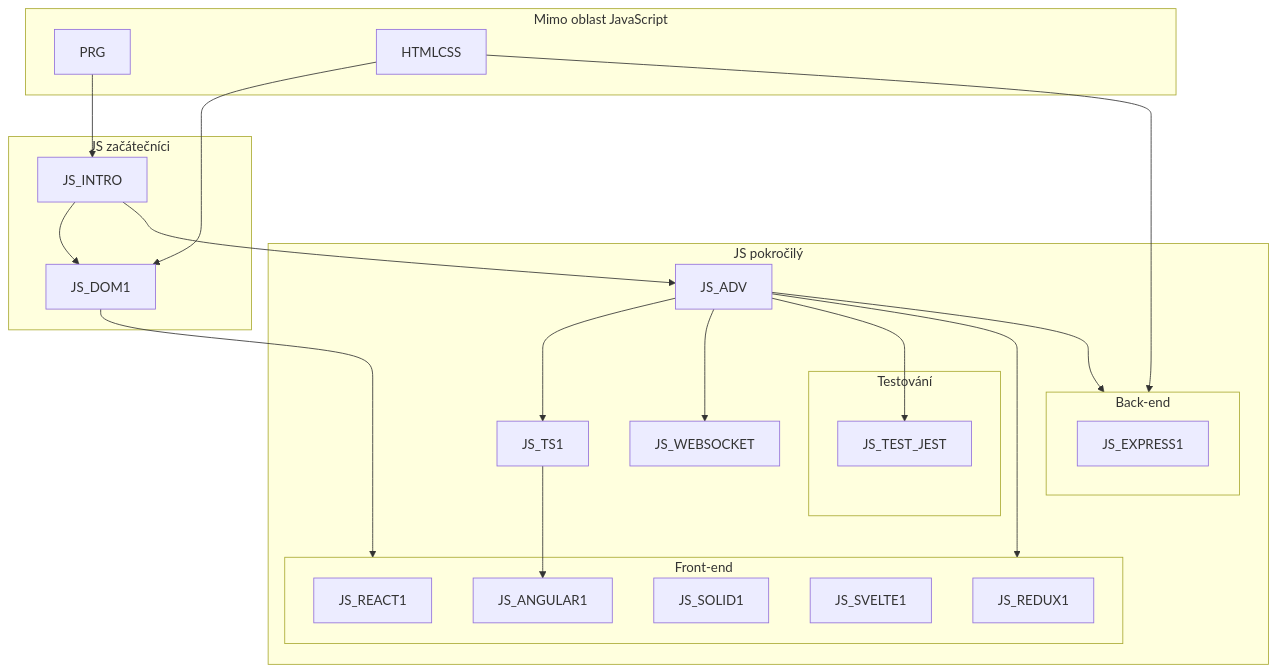
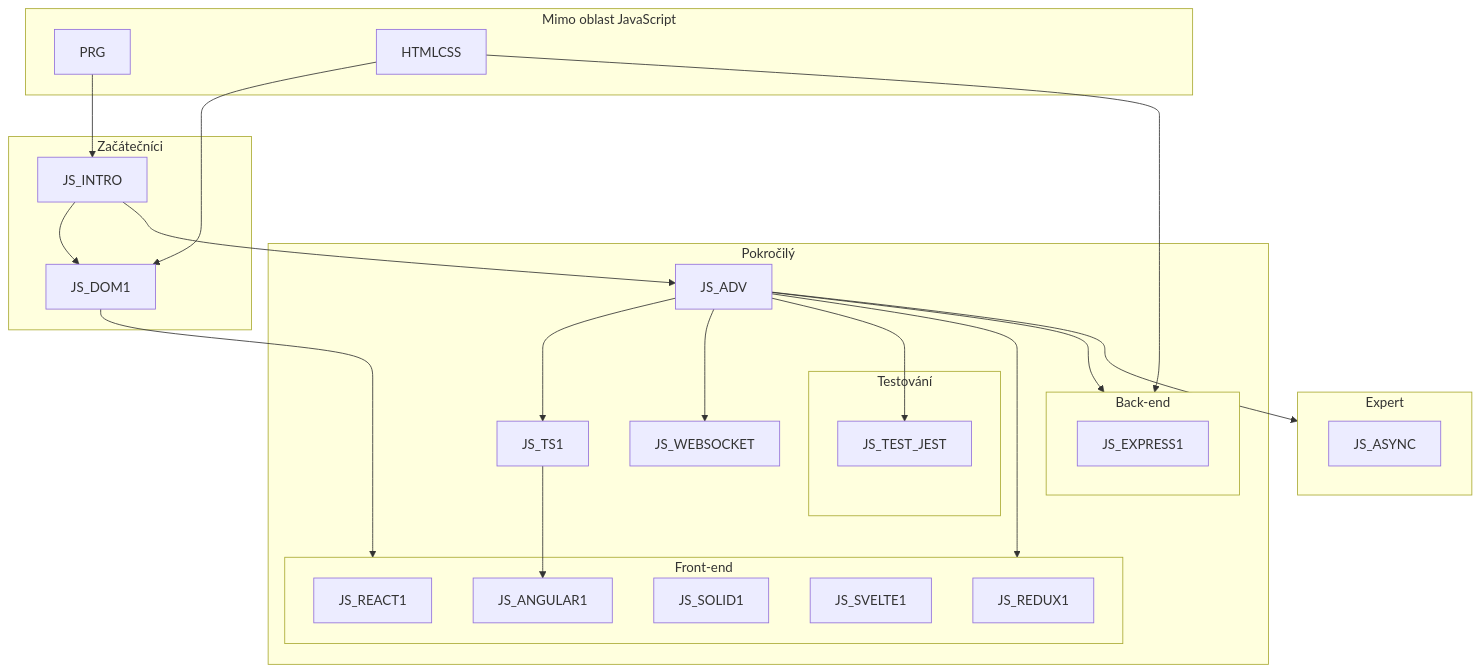
Before and after one commit to mbradic/gopas-osnovy: the diagram in map.md, drawn with Mermaid. The commit also changed 1 other file, not shown here.

Commit message:
JS_ASYNC - [prava anotace a p5id8n9 do mapy

````diff
--- a/map.md
+++ b/map.md
@@ -3,49 +3,53 @@
 ```mermaid
 graph TD
     subgraph Mimo oblast JavaScript
         PRG
         HTMLCSS
     end
-    subgraph JS začátečníci
+    subgraph Začátečníci
         JS_INTRO
         JS_DOM1
     end
-    subgraph JS pokročilý
+    subgraph Pokročilý
         JS_ADV
         JS_TS1
         subgraph Front-end
             JS_REACT1
             JS_ANGULAR1
             JS_SOLID1
             JS_SVELTE1
             JS_REDUX1            
         end
         subgraph Back-end
             JS_EXPRESS1
         end
         subgraph Testování
             JS_TEST_JEST
         end
         JS_WEBSOCKET
     end
+    subgraph Expert
+        JS_ASYNC
+    end
 
     PRG --> JS_INTRO
     HTMLCSS --> JS_DOM1
     
     JS_DOM1 --> Front-end
     JS_ADV  --> Front-end
 
     HTMLCSS --> Back-end
     JS_ADV  --> Back-end
     
+    JS_ADV --> Expert
     
     JS_INTRO --> JS_DOM1
     JS_INTRO --> JS_ADV
     
     JS_ADV --> JS_TS1
     JS_TS1 --> JS_ANGULAR1
     
     JS_ADV --> JS_WEBSOCKET
 
     JS_ADV --> JS_TEST_JEST
 ```
````
